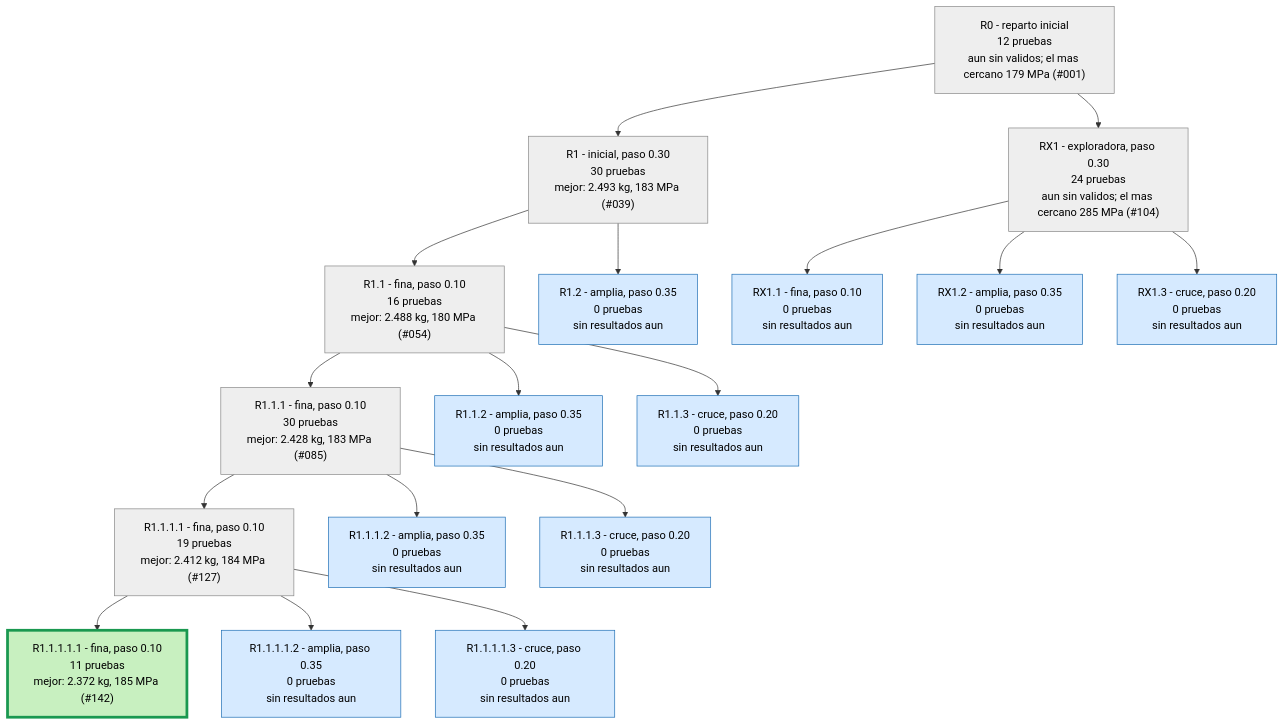
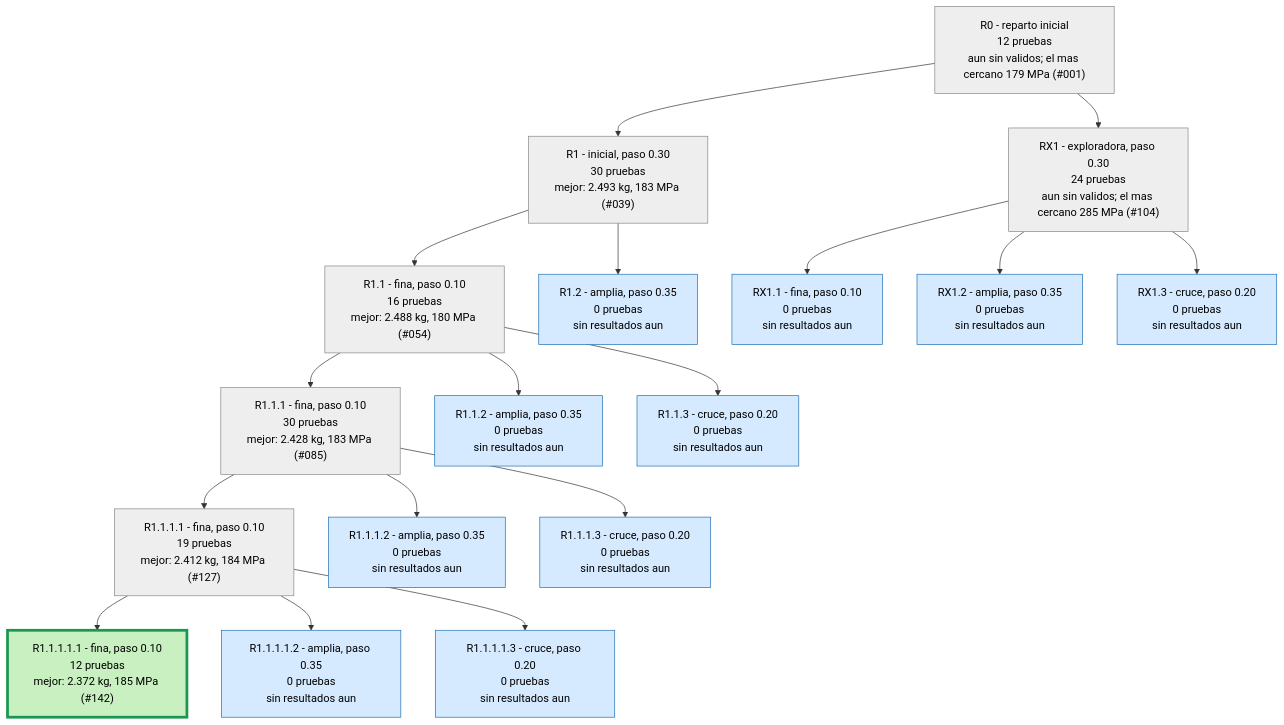
Before and after one commit to Hugiko/msd-soporte-optimizacion: the second of 3 diagrams in runs/opt_37800N/ARBOL.md, drawn with Mermaid. The commit also changed 23 other files, not shown here.

````diff
--- a/runs/opt_37800N/ARBOL.md
+++ b/runs/opt_37800N/ARBOL.md
@@ -29,39 +29,39 @@
 ```mermaid
 graph TD
 classDef activa fill:#d6eaff,stroke:#1f6fb5,color:#000
 classDef fin fill:#eeeeee,stroke:#888,color:#000
 classDef mejor fill:#c8f0c0,stroke:#1a9850,stroke-width:4px,color:#000
 R0["R0 - reparto inicial<br/>12 pruebas<br/>aun sin validos; el mas cercano 179 MPa (#001)"]:::fin
 R1["R1 - inicial, paso 0.30<br/>30 pruebas<br/>mejor: 2.493 kg, 183 MPa (#039)"]:::fin
 R0 --> R1
 R1_1["R1.1 - fina, paso 0.10<br/>16 pruebas<br/>mejor: 2.488 kg, 180 MPa (#054)"]:::fin
 R1 --> R1_1
 R1_2["R1.2 - amplia, paso 0.35<br/>0 pruebas<br/>sin resultados aun"]:::activa
 R1 --> R1_2
 R1_1_1["R1.1.1 - fina, paso 0.10<br/>30 pruebas<br/>mejor: 2.428 kg, 183 MPa (#085)"]:::fin
 R1_1 --> R1_1_1
 R1_1_2["R1.1.2 - amplia, paso 0.35<br/>0 pruebas<br/>sin resultados aun"]:::activa
 R1_1 --> R1_1_2
 R1_1_3["R1.1.3 - cruce, paso 0.20<br/>0 pruebas<br/>sin resultados aun"]:::activa
 R1_1 --> R1_1_3
 R1_1_1_1["R1.1.1.1 - fina, paso 0.10<br/>19 pruebas<br/>mejor: 2.412 kg, 184 MPa (#127)"]:::fin
 R1_1_1 --> R1_1_1_1
 R1_1_1_2["R1.1.1.2 - amplia, paso 0.35<br/>0 pruebas<br/>sin resultados aun"]:::activa
 R1_1_1 --> R1_1_1_2
 R1_1_1_3["R1.1.1.3 - cruce, paso 0.20<br/>0 pruebas<br/>sin resultados aun"]:::activa
 R1_1_1 --> R1_1_1_3
 RX1["RX1 - exploradora, paso 0.30<br/>24 pruebas<br/>aun sin validos; el mas cercano 285 MPa (#104)"]:::fin
 R0 --> RX1
 RX1_1["RX1.1 - fina, paso 0.10<br/>0 pruebas<br/>sin resultados aun"]:::activa
 RX1 --> RX1_1
 RX1_2["RX1.2 - amplia, paso 0.35<br/>0 pruebas<br/>sin resultados aun"]:::activa
 RX1 --> RX1_2
 RX1_3["RX1.3 - cruce, paso 0.20<br/>0 pruebas<br/>sin resultados aun"]:::activa
 RX1 --> RX1_3
-R1_1_1_1_1["R1.1.1.1.1 - fina, paso 0.10<br/>11 pruebas<br/>mejor: 2.372 kg, 185 MPa (#142)"]:::mejor
+R1_1_1_1_1["R1.1.1.1.1 - fina, paso 0.10<br/>12 pruebas<br/>mejor: 2.372 kg, 185 MPa (#142)"]:::mejor
 R1_1_1_1 --> R1_1_1_1_1
 R1_1_1_1_2["R1.1.1.1.2 - amplia, paso 0.35<br/>0 pruebas<br/>sin resultados aun"]:::activa
 R1_1_1_1 --> R1_1_1_1_2
 R1_1_1_1_3["R1.1.1.1.3 - cruce, paso 0.20<br/>0 pruebas<br/>sin resultados aun"]:::activa
 R1_1_1_1 --> R1_1_1_1_3
 ```
````
